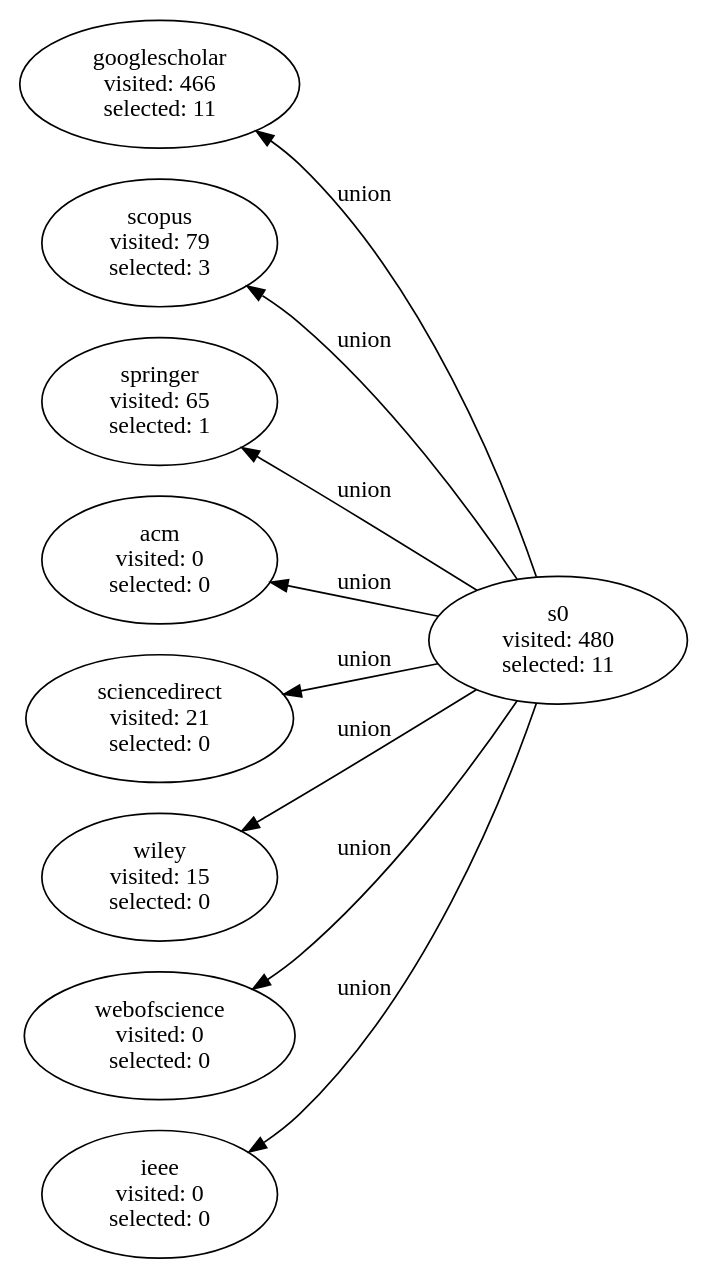
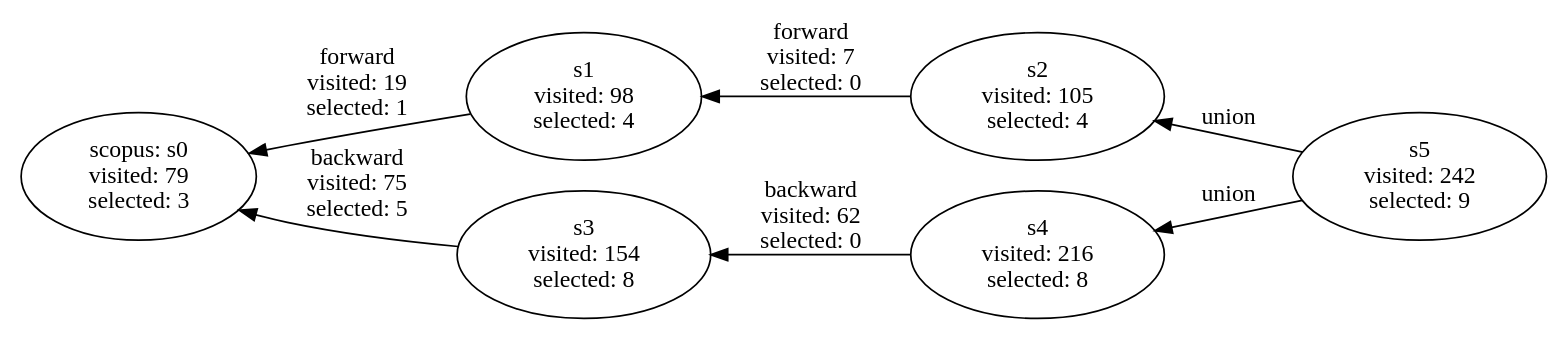
The diagram in experiments/experiment_3/notebooks/E5final.dot (gems-uff/hybrid-strategies), drawn with Graphviz before and after one commit. The commit also changed 39 other files, not shown here.

Commit message:
alter notebooks = hide index, print graph png

```diff
--- a/experiments/experiment_3/notebooks/E5final.dot
+++ b/experiments/experiment_3/notebooks/E5final.dot
@@ -1,30 +1,22 @@
 digraph G {
   rankdir="RL";
 
-  s0 [label="s0\n visited: 480\n selected: 11"];
-  s0 -> googlescholar [label="union"];
-  s0 -> scopus [label="union"];
-  s0 -> springer [label="union"];
-  s0 -> acm [label="union"];
-  s0 -> sciencedirect [label="union"];
-  s0 -> wiley [label="union"];
-  s0 -> webofscience [label="union"];
-  s0 -> ieee [label="union"];
+  s5 [label="s5\n visited: 242\n selected: 9"];
+  s5 -> s2 [label="union"];
+  s5 -> s4 [label="union"];
 
-  googlescholar [label="googlescholar\n visited: 466\n selected: 11"];
+  s2 [label="s2\n visited: 105\n selected: 4"];
+  s2 -> s1 [label="forward\n visited: 7\n selected: 0"];
 
-  scopus [label="scopus\n visited: 79\n selected: 3"];
+  s4 [label="s4\n visited: 216\n selected: 8"];
+  s4 -> s3 [label="backward\n visited: 62\n selected: 0"];
 
-  springer [label="springer\n visited: 65\n selected: 1"];
+  s1 [label="s1\n visited: 98\n selected: 4"];
+  s1 -> scopus: s0 [label="forward\n visited: 19\n selected: 1"];
 
-  acm [label="acm\n visited: 0\n selected: 0"];
+  s3 [label="s3\n visited: 154\n selected: 8"];
+  s3 -> scopus: s0 [label="backward\n visited: 75\n selected: 5"];
 
-  sciencedirect [label="sciencedirect\n visited: 21\n selected: 0"];
-
-  wiley [label="wiley\n visited: 15\n selected: 0"];
-
-  webofscience [label="webofscience\n visited: 0\n selected: 0"];
-
-  ieee [label="ieee\n visited: 0\n selected: 0"];
+  scopus: s0 [label="scopus: s0\n visited: 79\n selected: 3"];
 
 }
```
